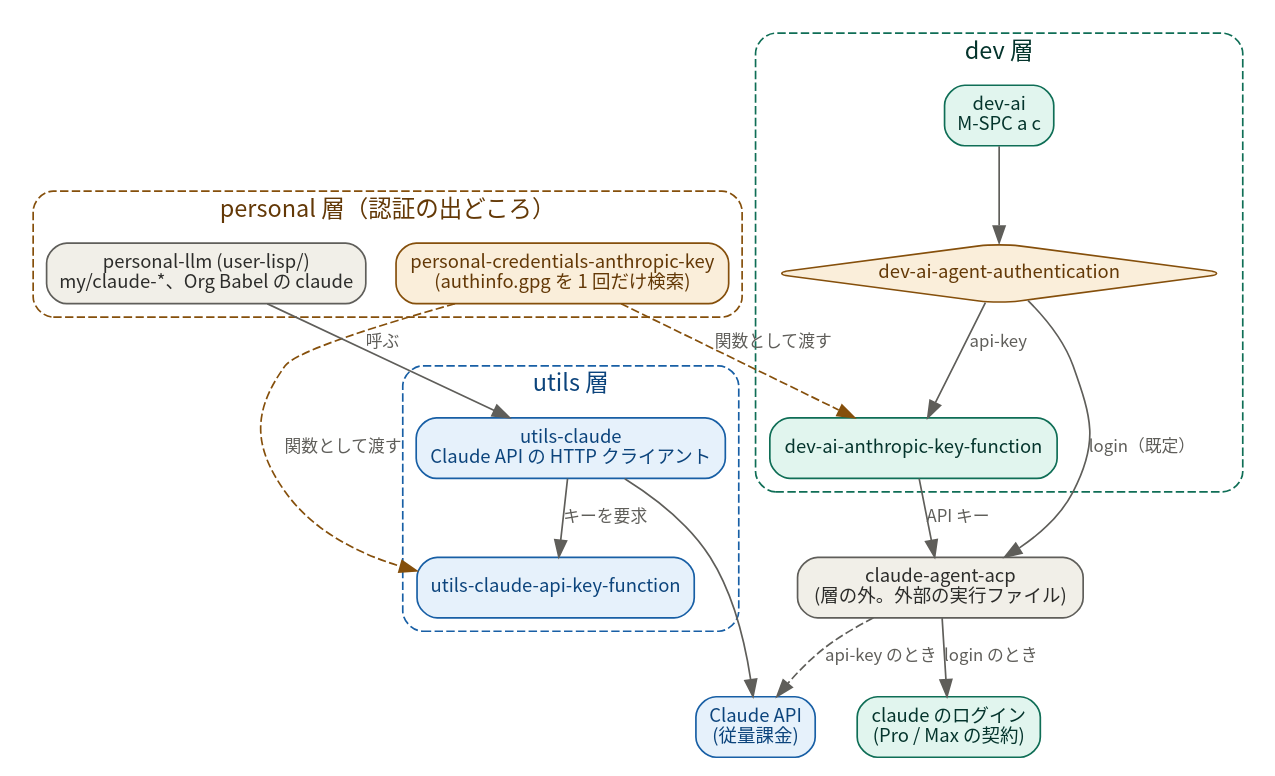
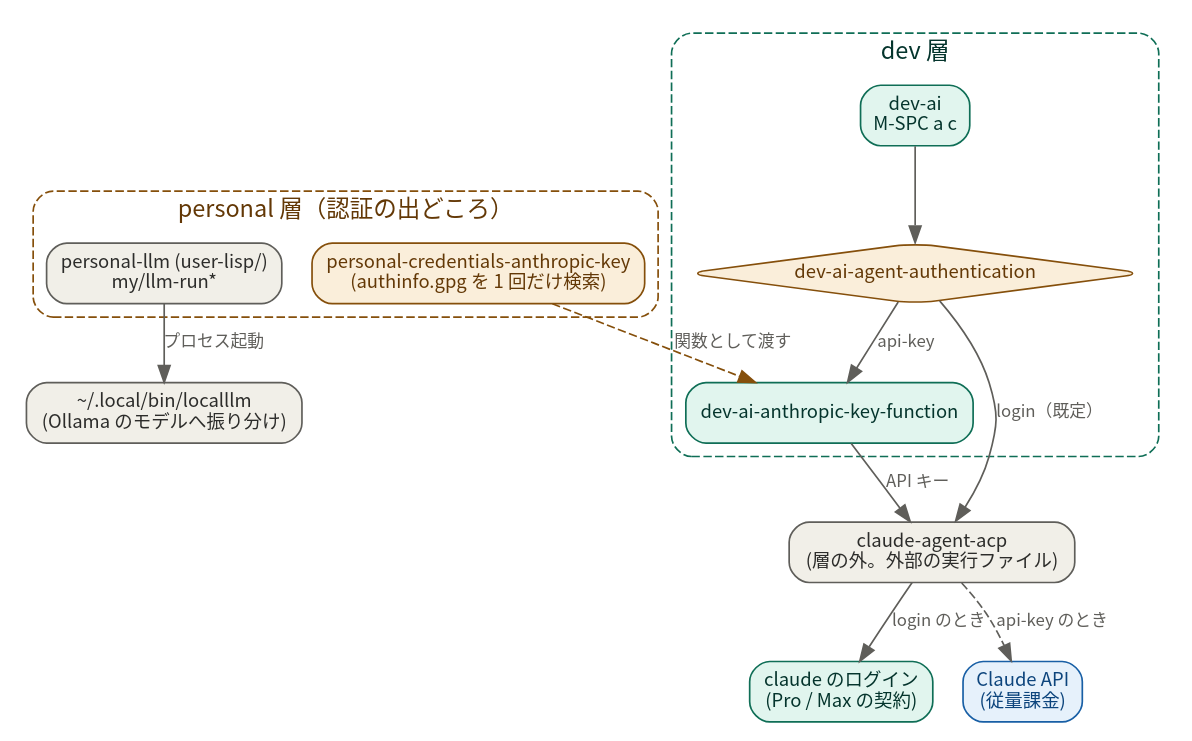
One commit to ac1965/.emacs.d changed diagram 15 of 15 in README.org. Above: the diagram before and after it, drawn with Graphviz. The commit also changed other lines of this file and 8 other files, not shown here.

First line of the commit message:
refactor(personal-llm): Claude API の直接呼び出し経路を削除

```diff
--- a/README.org
+++ b/README.org
@@ -2235,47 +2202,39 @@
 #+begin_src dot
 digraph llm_overview {
   rankdir=TB;
   bgcolor="white";
   fontname="Noto Sans CJK JP";
   compound=true;
   node [shape=box style="rounded,filled" fontname="Noto Sans CJK JP" fontsize=11 fillcolor="#F1EFE8" color="#5F5E5A" fontcolor="#2C2C2A"];
   edge [color="#5F5E5A" fontname="Noto Sans CJK JP" fontsize=10 fontcolor="#5F5E5A"];
 
   subgraph cluster_personal {
     label="personal 層（認証の出どころ）"; style="rounded,dashed"; color="#854F0B"; fontcolor="#633806";
     cred [label="personal-credentials-anthropic-key\n(authinfo.gpg を 1 回だけ検索)" fillcolor="#FAEEDA" color="#854F0B" fontcolor="#633806"];
-    llm [label="personal-llm (user-lisp/)\nmy/claude-*、Org Babel の claude"];
-  }
-
-  subgraph cluster_utils {
-    label="utils 層"; style="rounded,dashed"; color="#185FA5"; fontcolor="#0C447C";
-    uc [label="utils-claude\nClaude API の HTTP クライアント" fillcolor="#E6F1FB" color="#185FA5" fontcolor="#0C447C"];
-    ucf [label="utils-claude-api-key-function" fillcolor="#E6F1FB" color="#185FA5" fontcolor="#0C447C"];
+    llm [label="personal-llm (user-lisp/)\nmy/llm-run*"];
   }
 
   subgraph cluster_dev {
     label="dev 層"; style="rounded,dashed"; color="#0F6E56"; fontcolor="#04342C";
     ai [label="dev-ai\nM-SPC a c" fillcolor="#E1F5EE" color="#0F6E56" fontcolor="#04342C"];
     choice [label="dev-ai-agent-authentication" shape=diamond fillcolor="#FAEEDA" color="#854F0B" fontcolor="#633806"];
     daf [label="dev-ai-anthropic-key-function" fillcolor="#E1F5EE" color="#0F6E56" fontcolor="#04342C"];
   }
 
   acp [label="claude-agent-acp\n(層の外。外部の実行ファイル)"];
   cli [label="claude のログイン\n(Pro / Max の契約)" fillcolor="#E1F5EE" color="#0F6E56" fontcolor="#04342C"];
   api [label="Claude API\n(従量課金)" fillcolor="#E6F1FB" color="#185FA5" fontcolor="#0C447C"];
+  router [label="~/.local/bin/localllm\n(Ollama のモデルへ振り分け)"];
 
   ai -> choice;
   choice -> acp [label="login（既定）"];
   choice -> daf [label="api-key"];
   daf -> acp [label="API キー"];
   acp -> cli [label="login のとき"];
   acp -> api [label="api-key のとき" style=dashed];
 
-  llm -> uc [label="呼ぶ"];
-  uc -> ucf [label="キーを要求"];
-  uc -> api;
+  llm -> router [label="プロセス起動"];
 
-  cred -> ucf [label="関数として渡す" style=dashed color="#854F0B"];
   cred -> daf [label="関数として渡す" style=dashed color="#854F0B"];
 }
 #+end_src
```
